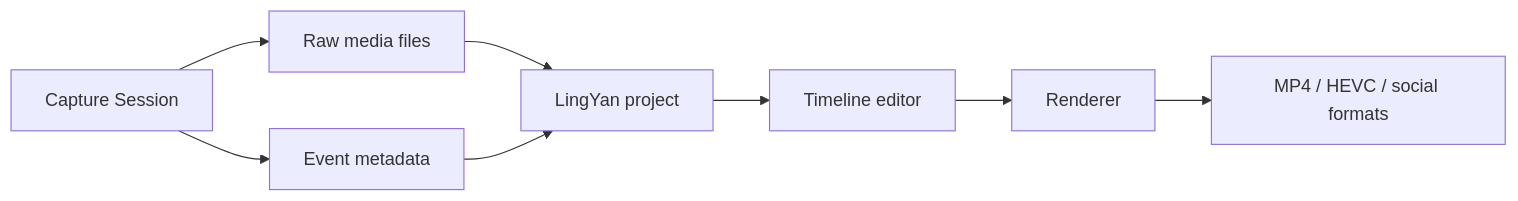
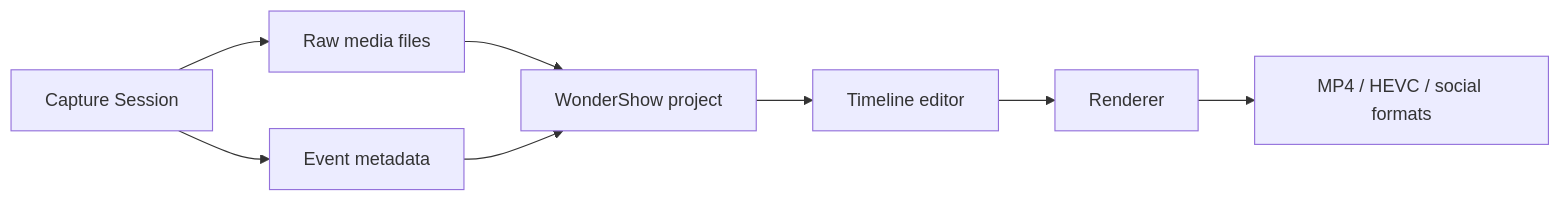
The diagram in docs/recording-studio-roadmap.md (aokest/WonderShow), drawn with Mermaid before and after one commit. The commit also changed other lines of this file and 118 other files, not shown here.

Commit message:
refactor: rename internal app modules to WonderShow

````diff
--- a/docs/recording-studio-roadmap.md
+++ b/docs/recording-studio-roadmap.md
@@ -165,10 +165,10 @@
 ```mermaid
 flowchart LR
     Capture["Capture Session"] --> RawMedia["Raw media files"]
     Capture --> Metadata["Event metadata"]
-    RawMedia --> Project["LingYan project"]
+    RawMedia --> Project["WonderShow project"]
     Metadata --> Project
     Project --> Timeline["Timeline editor"]
     Timeline --> Renderer["Renderer"]
     Renderer --> Export["MP4 / HEVC / social formats"]
 ```
````
